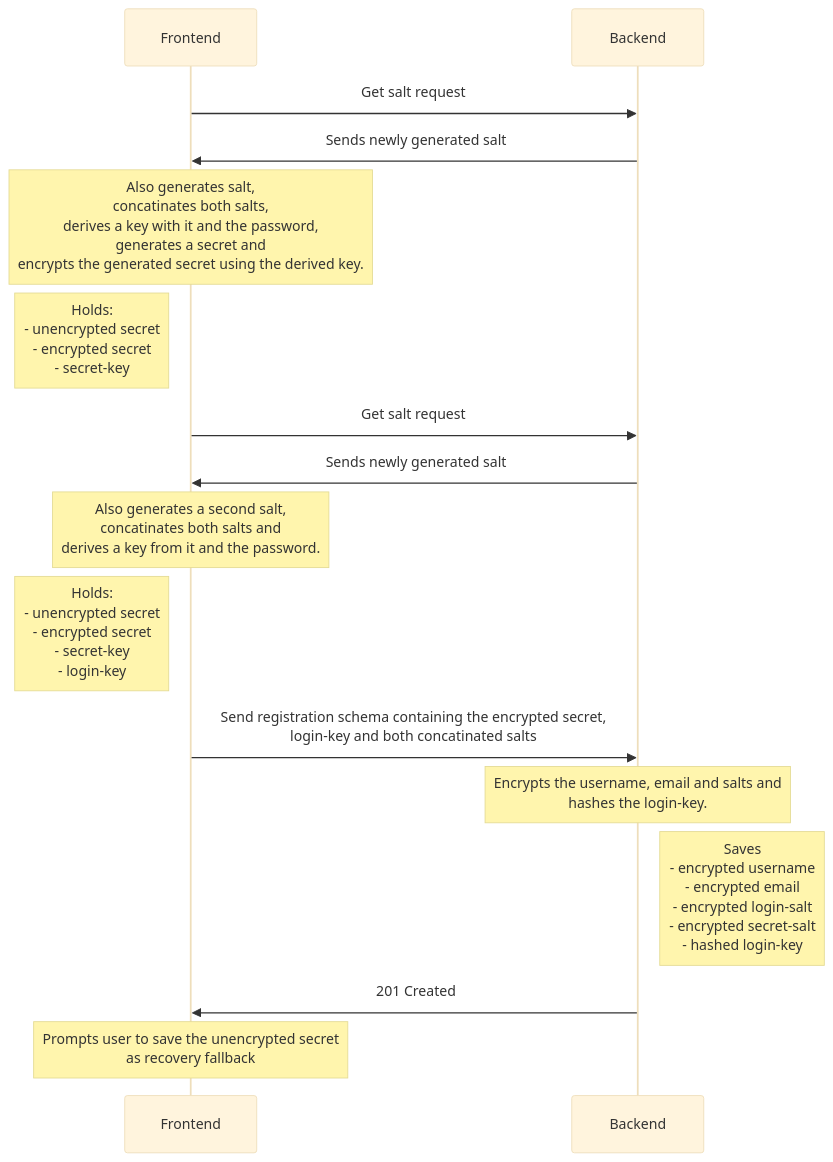
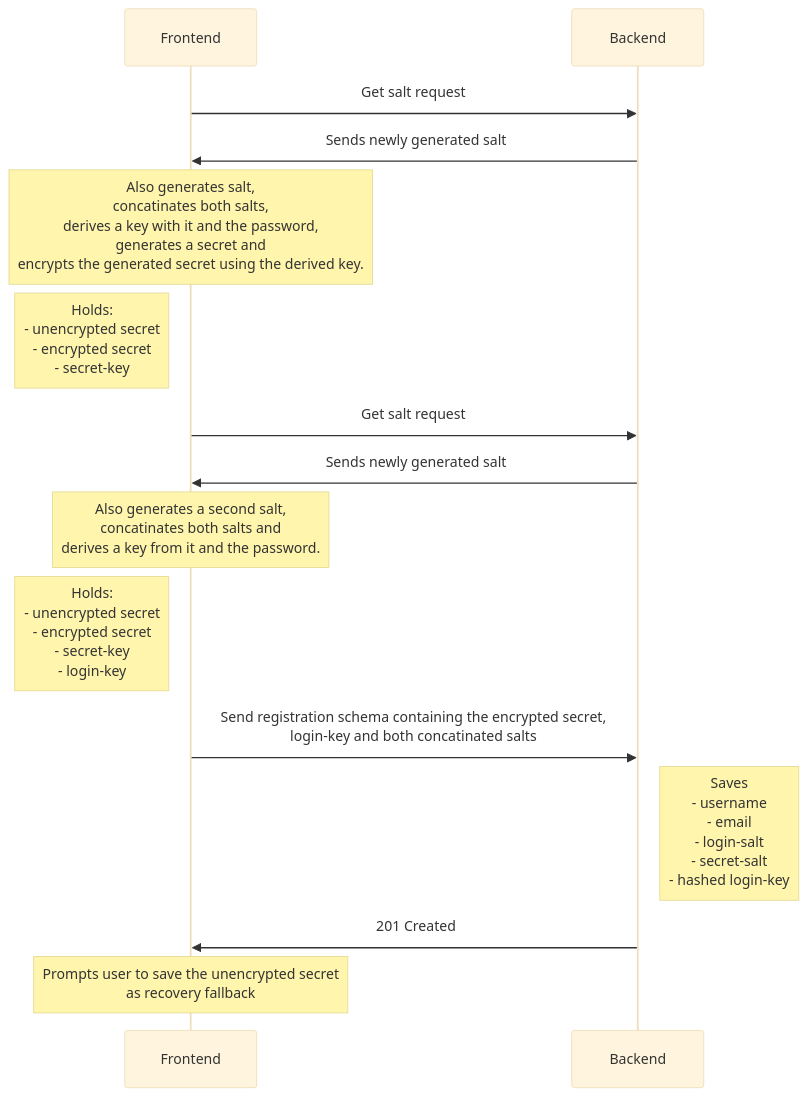
One commit to Tinkerforge/esp32-remote-access changed the first of 8 diagrams in sequence.md. Above: the diagram before and after it, drawn with Mermaid (base theme). The commit also changed other lines of this file, not shown here.

````diff
--- a/sequence.md
+++ b/sequence.md
@@ -9,16 +9,15 @@
 ```mermaid
 sequenceDiagram
     Frontend->>Backend: Get salt request
     Backend->>Frontend: Sends newly generated salt
     Note over Frontend: Also generates salt,<br>concatinates both salts,<br>derives a key with it and the password,<br>generates a secret and<br>encrypts the generated secret using the derived key.
     Note left of Frontend: Holds: <br> - unencrypted secret <br> - encrypted secret <br> - secret-key
     Frontend->>Backend: Get salt request
     Backend->>Frontend: Sends newly generated salt
     Note over Frontend: Also generates a second salt,<br>concatinates both salts and<br> derives a key from it and the password.
     Note left of Frontend: Holds: <br> - unencrypted secret <br> - encrypted secret <br> - secret-key <br> - login-key
     Frontend->>Backend: Send registration schema containing the encrypted secret,<br> login-key and both concatinated salts
-    Note over Backend: Encrypts the username, email and salts and <br> hashes the login-key.
-    Note right of Backend: Saves <br> - encrypted username <br> - encrypted email <br> - encrypted login-salt <br> - encrypted secret-salt <br> - hashed login-key
+    Note right of Backend: Saves <br> - username <br> - email <br> - login-salt <br> - secret-salt <br> - hashed login-key
     Backend->>Frontend: 201 Created
     Note over Frontend: Prompts user to save the unencrypted secret<br>as recovery fallback
 ```
````
